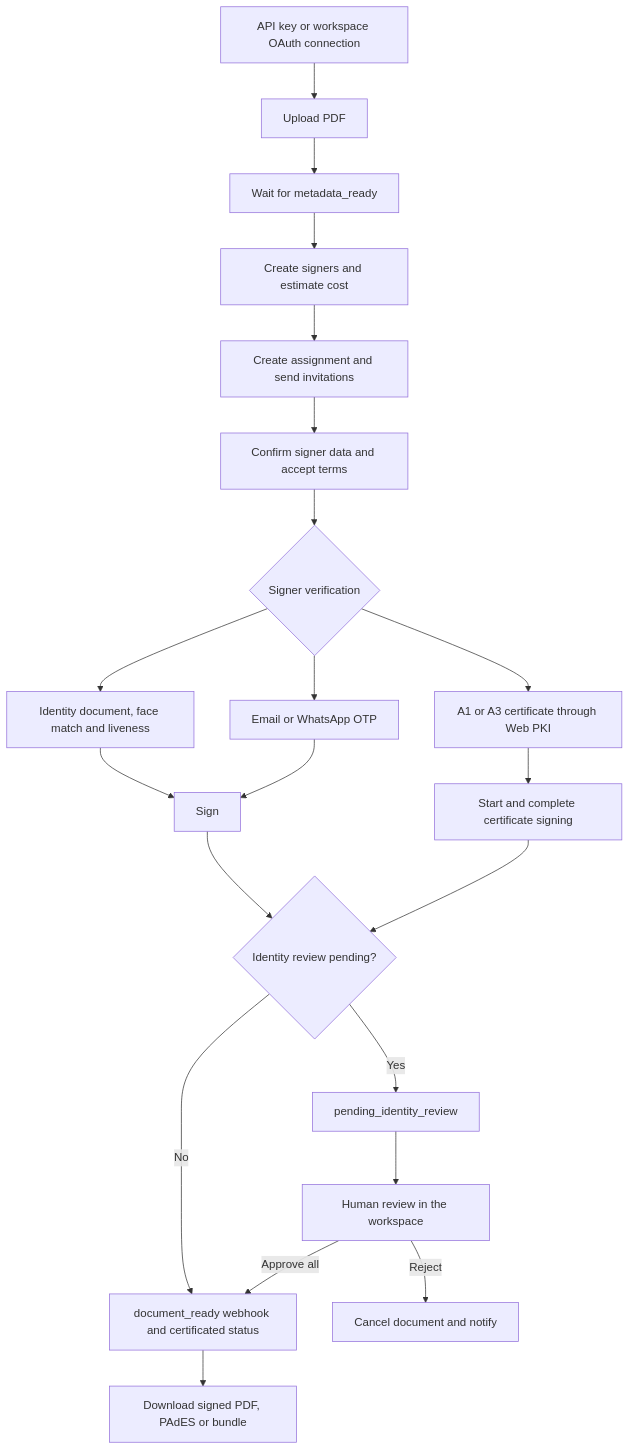
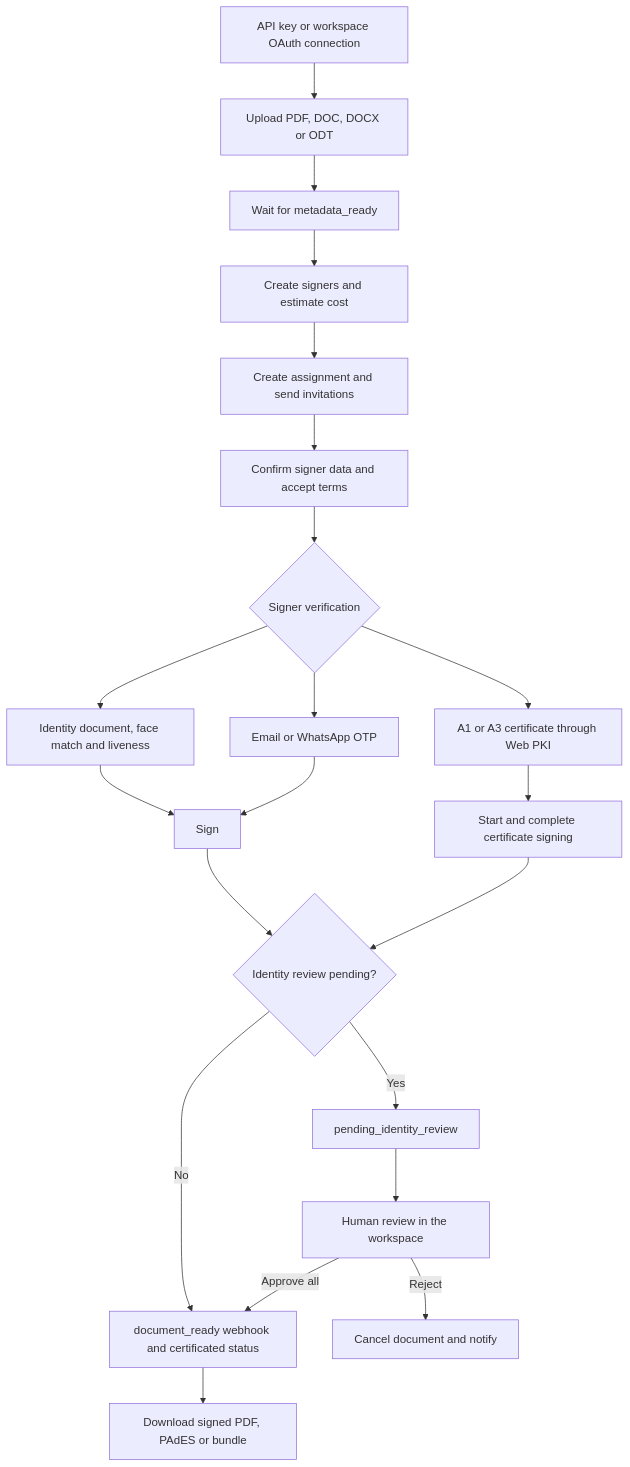
The diagram in README.en.md (assinafy/csharp-sdk), drawn with Mermaid before and after one commit. The commit also changed other lines of this file and 23 other files, not shown here.

````diff
--- a/README.en.md
+++ b/README.en.md
@@ -573,23 +574,23 @@
 ```mermaid
 flowchart TD
-    A[API key or workspace OAuth connection] --> B[Upload PDF]
+    A[API key or workspace OAuth connection] --> B[Upload PDF, DOC, DOCX or ODT]
     B --> C[Wait for metadata_ready]
     C --> D[Create signers and estimate cost]
     D --> E[Create assignment and send invitations]
     E --> M[Confirm signer data and accept terms]
     M --> F{Signer verification}
     F --> G[Email or WhatsApp OTP]
     F --> H[A1 or A3 certificate through Web PKI]
     F --> N[Identity document, face match and liveness]
     N --> I
     G --> I[Sign]
     H --> J[Start and complete certificate signing]
     I --> R{Identity review pending?}
     J --> R
     R -->|No| K[document_ready webhook and certificated status]
     R -->|Yes| P[pending_identity_review]
     P --> Q[Human review in the workspace]
     Q -->|Approve all| K
     Q -->|Reject| X[Cancel document and notify]
     K --> L[Download signed PDF, PAdES or bundle]
 ```
````
